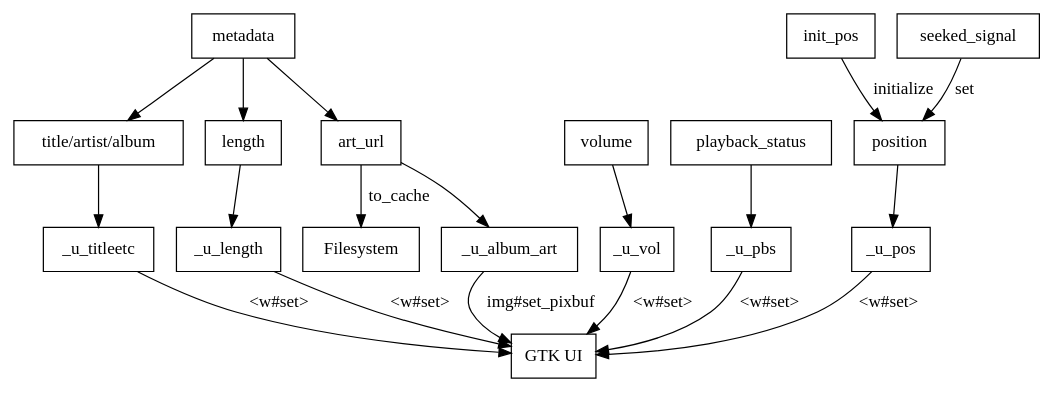
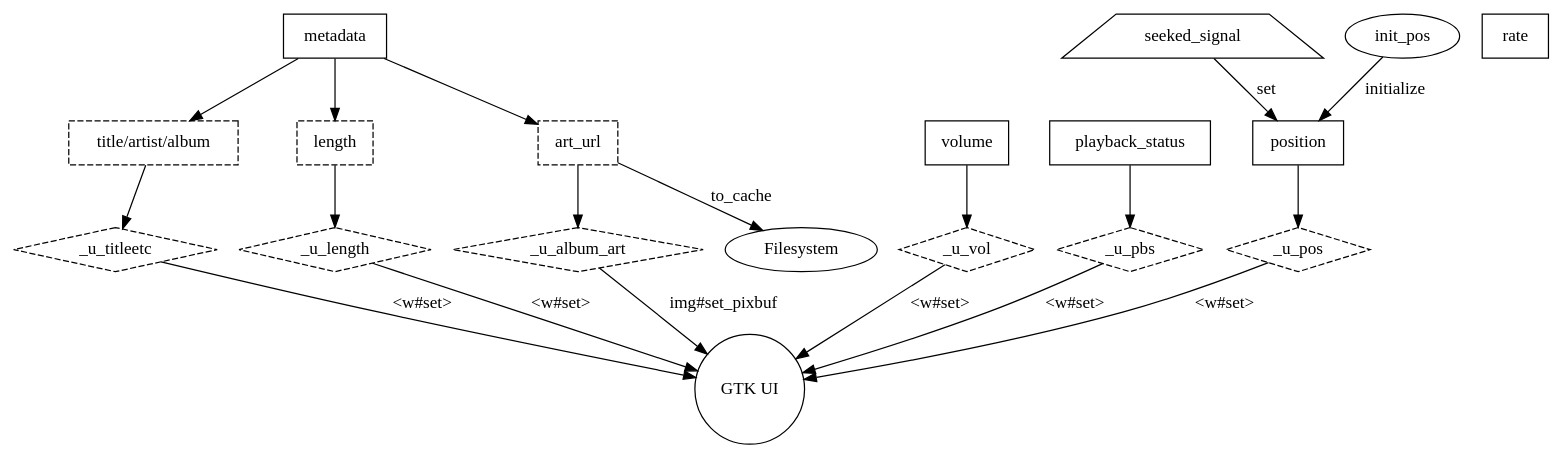
The diagram in scripts/signals.dot (jonathanmfung/busqer), drawn with Graphviz before and after one commit. The commit also changed 5 other files, not shown here.

```diff
--- a/scripts/signals.dot
+++ b/scripts/signals.dot
@@ -1,29 +1,63 @@
 # dot -Tpng signals.dot > signals.png
 digraph mygraph {
   rankdir = TB;
-  node [shape=box];
 
-  # "rate" -> "state";
+  # DBus monitors
+  node [shape=box]
+  "metadata";
+  "volume";
+  "playback_status";
+  "position";
+  "rate";
+
+  # DBus signals (FRP Events)
+  node [shape=trapezium];
+  "seeked_signal";
+
+  # Derived FRP signals
+  node [shape=box, style=dashed];
+  "title/artist/album";
+  "length";
+  "art_url";
+
+  node [style=solid];
+
+  # Update effects
+  node [shape=diamond, style=dashed];
+  "_u_titleetc";
+  "_u_length";
+  "_u_album_art";
+  "_u_vol";
+  "_u_pbs";
+  "_u_pos";
+  node [style=solid];
+
+  "GTK UI" [shape=circle];
+
+  node [shape=ellipse]; # Default
+
   "metadata" -> "title/artist/album";
   "metadata" -> "length";
+  "metadata" -> "art_url";
 
-  "title/artist/album" -> "_u_titleetc"
-  "length" -> "_u_length"
+  "title/artist/album" -> "_u_titleetc";
+  "length" -> "_u_length";
   "volume" -> "_u_vol";
   "playback_status" -> "_u_pbs";
+
+  "position" -> "_u_pos";
   "init_pos" -> "position" [label="initialize"];
-  "position" -> "_u_pos";
-
   "seeked_signal" -> "position" [label="set"];
 
-  "_u_titleetc" -> "GTK UI" [label="<w#set>"]
-  "_u_length" -> "GTK UI" [label="<w#set>"]
-  "_u_vol" -> "GTK UI" [label="<w#set>"]
-  "_u_pbs" -> "GTK UI" [label="<w#set>"]
-  "_u_pos" -> "GTK UI" [label="<w#set>"]
+  edge [label="<w#set>"];
+  "_u_titleetc" -> "GTK UI";
+  "_u_length" -> "GTK UI";
+  "_u_vol" -> "GTK UI";
+  "_u_pbs" -> "GTK UI";
+  "_u_pos" -> "GTK UI";
+  edge [label = ""]
 
-  "metadata" -> "art_url";
-  "art_url" -> "Filesystem" [label="to_cache"]
-  "art_url" -> "_u_album_art"
-  "_u_album_art" -> "GTK UI" [label="img#set_pixbuf"]
+  "art_url" -> "Filesystem" [label="to_cache"];
+  "art_url" -> "_u_album_art";
+  "_u_album_art" -> "GTK UI" [label="img#set_pixbuf"];
 }
```
